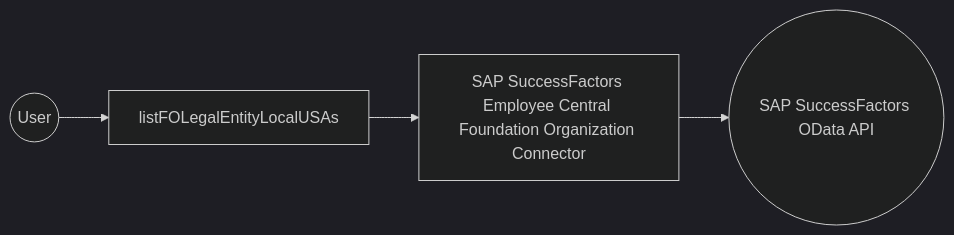
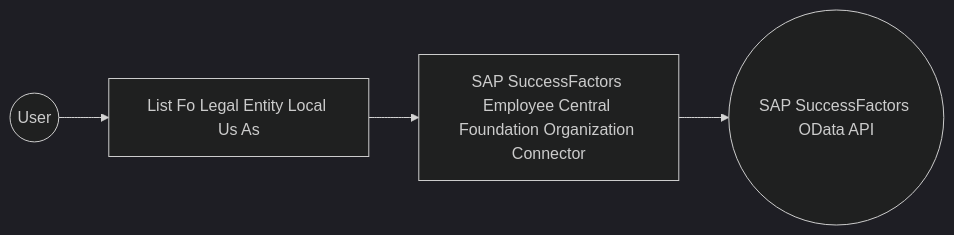
Before and after one commit to wso2/docs-integrator: the diagram in en/docs/connectors/catalog/hrms/sap.successfactors.ecfoundationorganization/example.md, drawn with Mermaid (dark theme). The commit also changed other lines of this file and 6 other files, not shown here.

````diff
--- a/en/docs/connectors/catalog/hrms/sap.successfactors.ecfoundationorganization/example.md
+++ b/en/docs/connectors/catalog/hrms/sap.successfactors.ecfoundationorganization/example.md
@@ -12,6 +12,6 @@
 ```mermaid
 flowchart LR
-    A((User)) --> B[listFOLegalEntityLocalUSAs]
+    A((User)) --> B[List Fo Legal Entity Local Us As]
     B --> C[SAP SuccessFactors Employee Central Foundation Organization Connector]
     C --> D((SAP SuccessFactors OData API))
 ```
````
